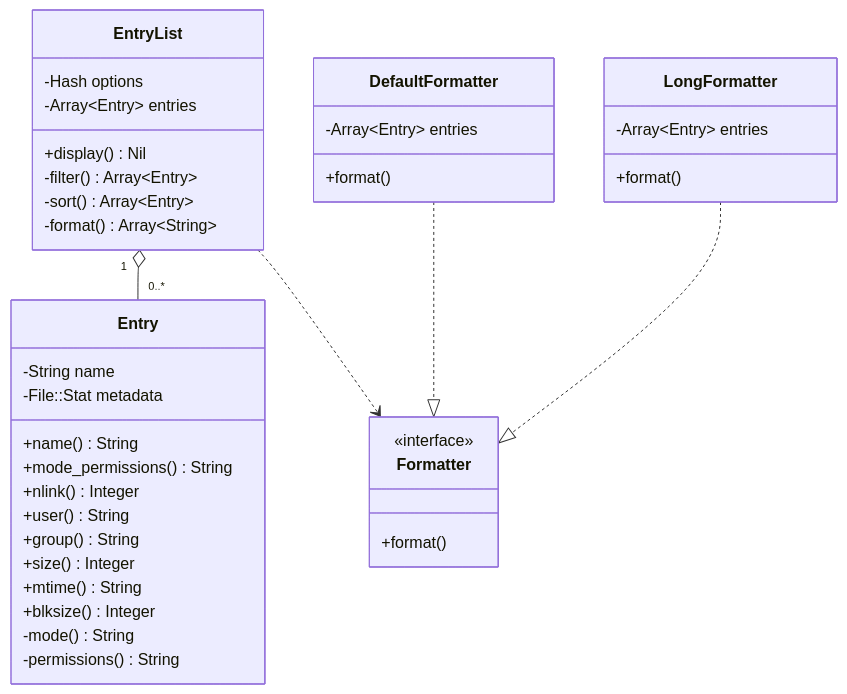
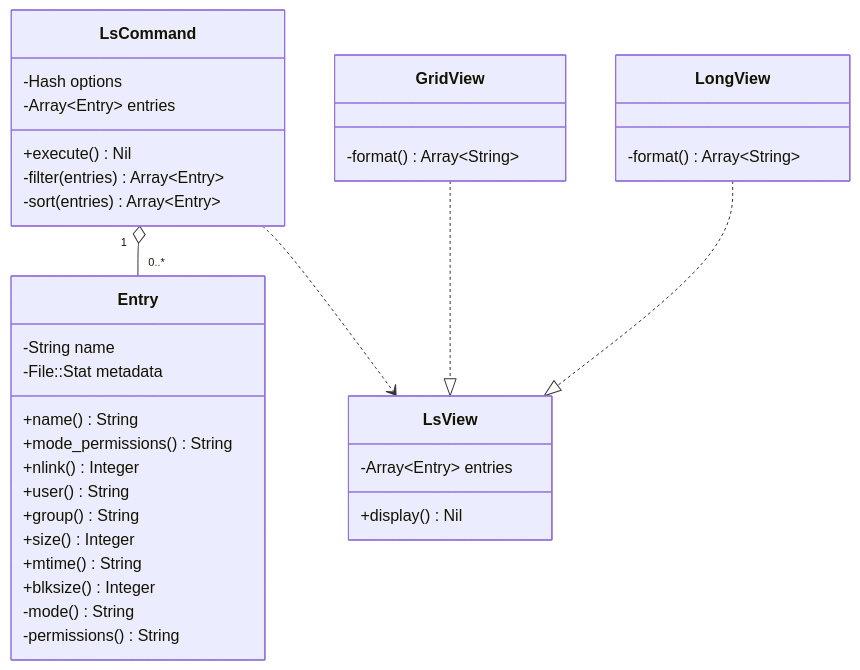
The diagram in 07.ls_object/class_diagram.mmd (utsubo256/ruby-practices), drawn with Mermaid before and after one commit.

Commit message:
クラス図を修正

```diff
--- a/07.ls_object/class_diagram.mmd
+++ b/07.ls_object/class_diagram.mmd
@@ -1,44 +1,41 @@
 classDiagram
     class Entry {
       -String name
       -File::Stat metadata
       +name() String
       +mode_permissions() String
       +nlink() Integer
       +user() String
       +group() String
       +size() Integer
       +mtime() String
       +blksize() Integer
       -mode() String
       -permissions() String
     }
 
-    class EntryList {
+    class LsCommand {
       -Hash options
       -Array~Entry~ entries
-      +display() Nil
-      -filter() Array~Entry~
-      -sort() Array~Entry~
-      -format() Array~String~
+      +execute() Nil
+      -filter(entries) Array~Entry~
+      -sort(entries) Array~Entry~
     }
 
-    class Formatter {
-        <<interface>>
-        +format()
+    class LsView {
+        -Array~Entry~ entries
+        +display() Nil
     }
 
-    class DefaultFormatter {
-        -Array~Entry~ entries
-        +format()
+    class GridView {
+        -format() Array~String~
     }
 
-    class LongFormatter {
-        -Array~Entry~ entries
-        +format()
+    class LongView {
+        -format() Array~String~
     }
 
-    EntryList "1" o-- "0..*" Entry
-    EntryList ..> Formatter
-    DefaultFormatter ..|> Formatter
-    LongFormatter ..|> Formatter
+    LsCommand "1" o-- "0..*" Entry
+    LsCommand ..> LsView
+    GridView ..|> LsView
+    LongView ..|> LsView
```
